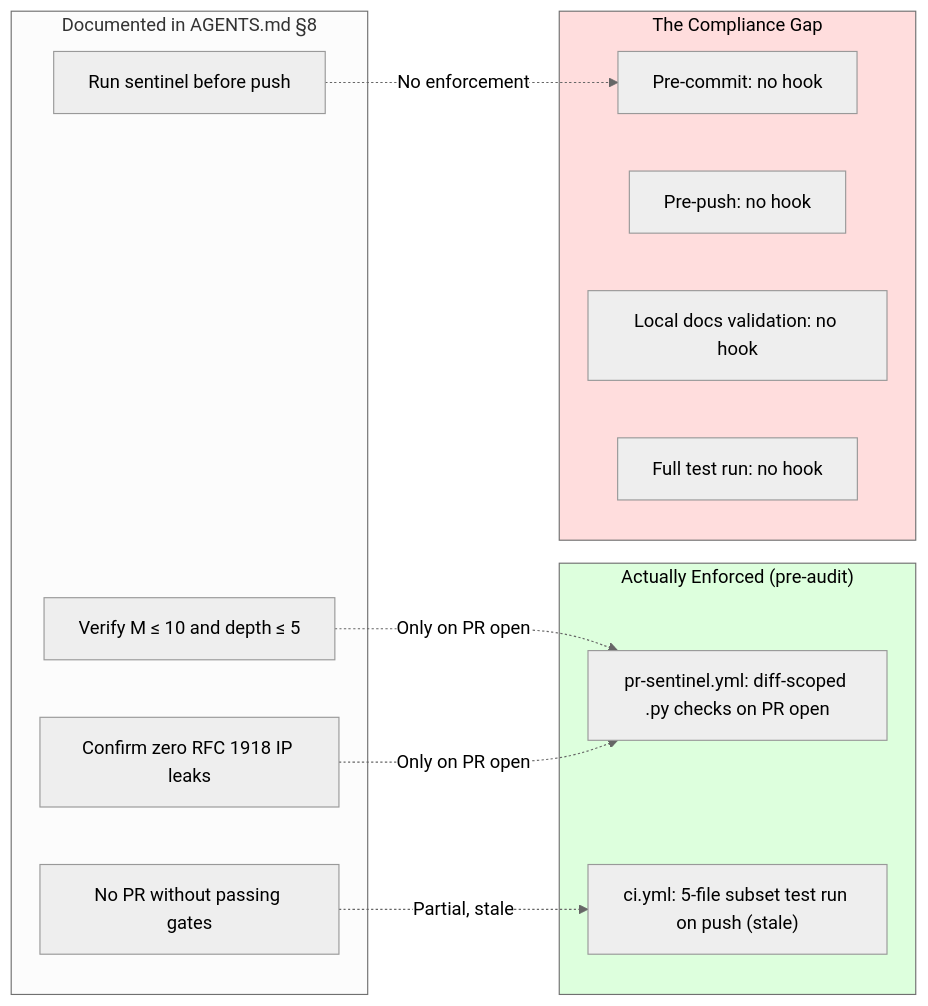
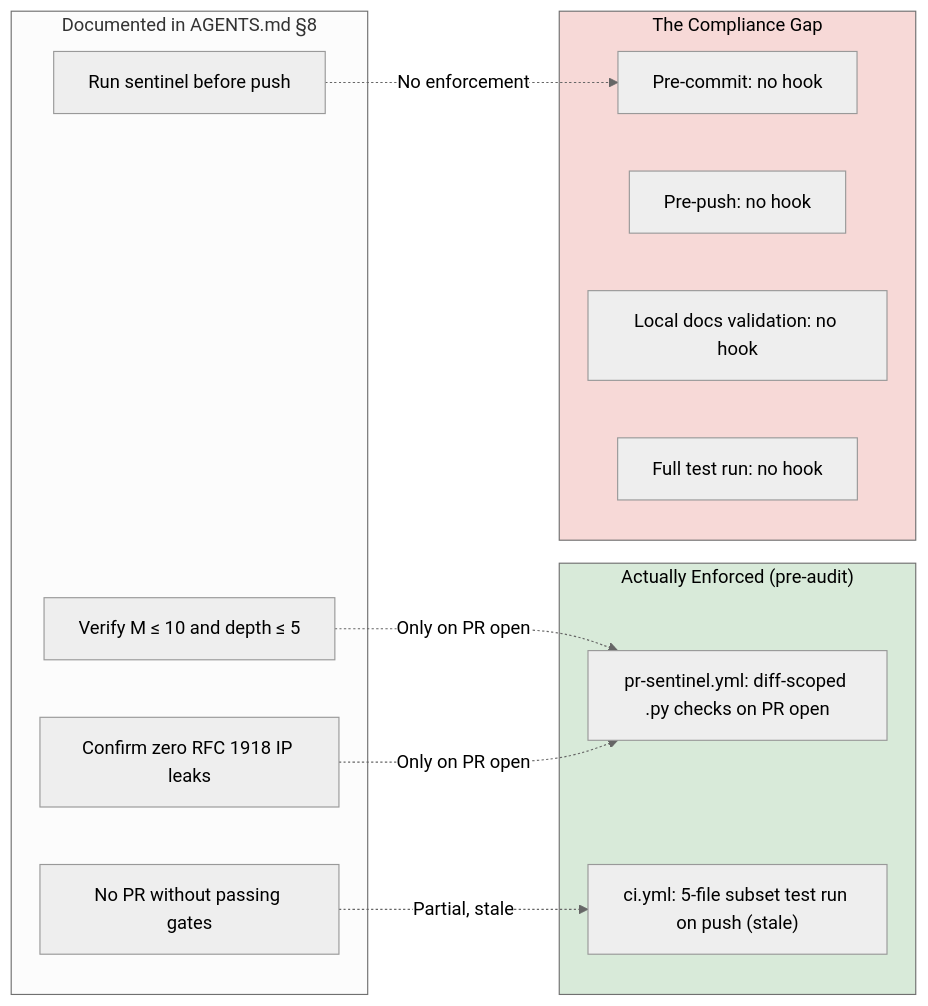
One commit to dan-petty/vibes changed the diagram in observations/systems/08-convention-to-mechanical-enforcement-inversion.md. Above: the diagram before and after it, drawn with Mermaid (neutral theme). The commit also changed 21 other files, not shown here.

````diff
--- a/observations/systems/08-convention-to-mechanical-enforcement-inversion.md
+++ b/observations/systems/08-convention-to-mechanical-enforcement-inversion.md
@@ -27,29 +27,29 @@
 ```mermaid
 flowchart LR
     subgraph Documented["Documented in AGENTS.md §8"]
         D1["Run sentinel before push"]
         D2["Verify M ≤ 10 and depth ≤ 5"]
         D3["Confirm zero RFC 1918 IP leaks"]
         D4["No PR without passing gates"]
     end
 
     subgraph Enforced["Actually Enforced (pre-audit)"]
         E1["pr-sentinel.yml: diff-scoped .py checks on PR open"]
         E2["ci.yml: 5-file subset test run on push (stale)"]
     end
 
     subgraph Gap["The Compliance Gap"]
         G1["Pre-commit: no hook"]
         G2["Pre-push: no hook"]
         G3["Local docs validation: no hook"]
         G4["Full test run: no hook"]
     end
 
     D1 -.->|"No enforcement"| G1
     D2 -.->|"Only on PR open"| E1
     D3 -.->|"Only on PR open"| E1
     D4 -.->|"Partial, stale"| E2
 
-    style Gap fill:#fdd,color:#000
-    style Enforced fill:#dfd,color:#000
+    style Gap fill:#f7d9d7,color:#000
+    style Enforced fill:#d8ead9,color:#000
 ```
````
